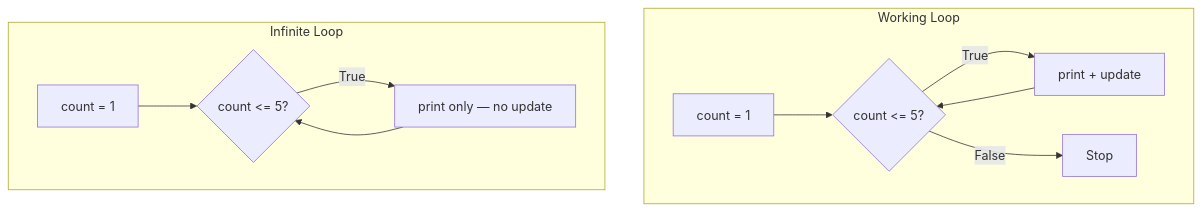
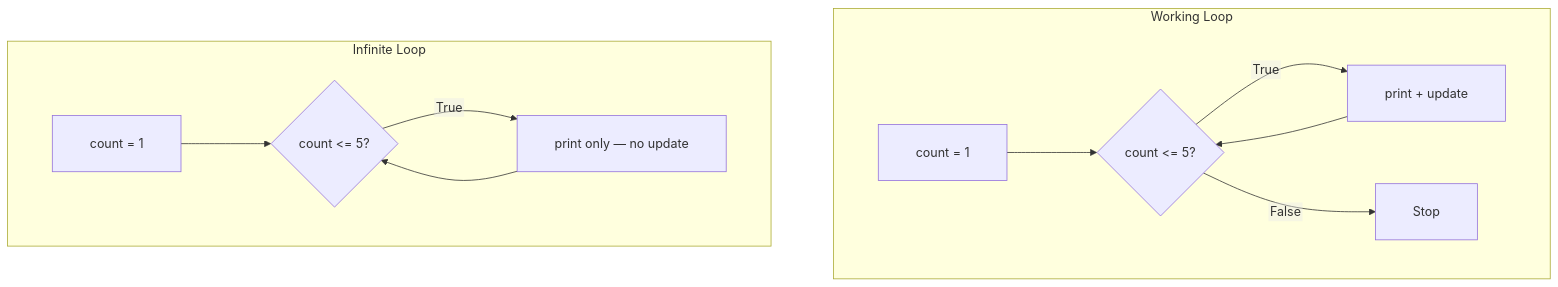
Before and after one commit to ABVenu/salcurriculum: the fifth of 8 diagrams in SAL-2026/Python Basics - English/S03/NotesPresentation.md, drawn with Mermaid. The commit also changed other lines of this file and 820 other files, not shown here.

````diff
--- a/SAL-2026/Python Basics - English/S03/NotesPresentation.md
+++ b/SAL-2026/Python Basics - English/S03/NotesPresentation.md
@@ -225,14 +419,15 @@
 ```mermaid
+%%{init: {"flowchart": {"htmlLabels": false, "curve": "basis", "padding": 24, "nodeSpacing": 80, "rankSpacing": 90, "diagramPadding": 48}}}%%
 flowchart TB
-    subgraph good["Working Loop"]
-        G1[count = 1] --> G2{count <= 5?}
-        G2 -->|True| G3[print + update]
+    subgraph good["  Working Loop  "]
+        G1["  count = 1  "] --> G2{"  count <= 5?  "}
+        G2 -->|"  True  "| G3["  print + update  "]
         G3 --> G2
-        G2 -->|False| G4[Stop]
+        G2 -->|"  False  "| G4["  Stop  "]
     end
-    subgraph bad["Infinite Loop"]
-        B1[count = 1] --> B2{count <= 5?}
-        B2 -->|True| B3[print only — no update]
+    subgraph bad["  Infinite Loop  "]
+        B1["  count = 1  "] --> B2{"  count <= 5?  "}
+        B2 -->|"  True  "| B3["  print only — no update  "]
         B3 --> B2
     end
 ```
````
